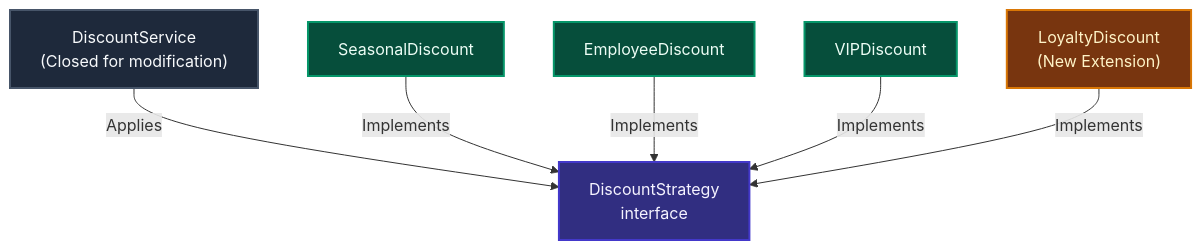
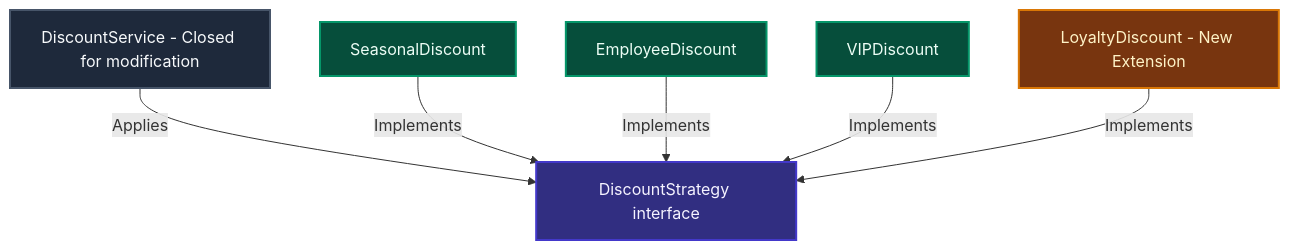
Before and after one commit to SaiTeja301/My_Interview_Preparation: the ninth of 19 diagrams in Java_jdbc_hibernate_SpringBoot/analysis/Java_Analysis.md, drawn with Mermaid. The commit also changed other lines of this file, not shown here.

Commit message:
docs(java): audit core chapters and optimize 19 Mermaid diagrams for light/dark theme contrast

````diff
--- a/Java_jdbc_hibernate_SpringBoot/analysis/Java_Analysis.md
+++ b/Java_jdbc_hibernate_SpringBoot/analysis/Java_Analysis.md
@@ -467,18 +932,18 @@
 ```mermaid
-graph TD
-    DiscountService["DiscountService<br>(Closed for modification)"] -->|Applies| DiscountStrategy["DiscountStrategy<br>interface"]
+flowchart TD
+    DiscountService["DiscountService - Closed for modification"] -->|Applies| DiscountStrategy["DiscountStrategy interface"]
     SeasonalDiscount["SeasonalDiscount"] -->|Implements| DiscountStrategy
     EmployeeDiscount["EmployeeDiscount"] -->|Implements| DiscountStrategy
     VIPDiscount["VIPDiscount"] -->|Implements| DiscountStrategy
-    LoyaltyDiscount["LoyaltyDiscount<br>(New Extension)"] -->|Implements| DiscountStrategy
+    LoyaltyDiscount["LoyaltyDiscount - New Extension"] -->|Implements| DiscountStrategy
 
     classDef closed fill:#1E293B,stroke:#475569,color:#F8FAFC,stroke-width:2px;
     classDef strategy fill:#312E81,stroke:#4338CA,color:#F5F3FF,stroke-width:2px;
     classDef ext fill:#064E3B,stroke:#059669,color:#ECFDF5,stroke-width:2px;
     classDef newExt fill:#78350F,stroke:#D97706,color:#FEF3C7,stroke-width:2px;
 
     class DiscountService closed;
     class DiscountStrategy strategy;
     class SeasonalDiscount,EmployeeDiscount,VIPDiscount ext;
     class LoyaltyDiscount newExt;
 ```
````
